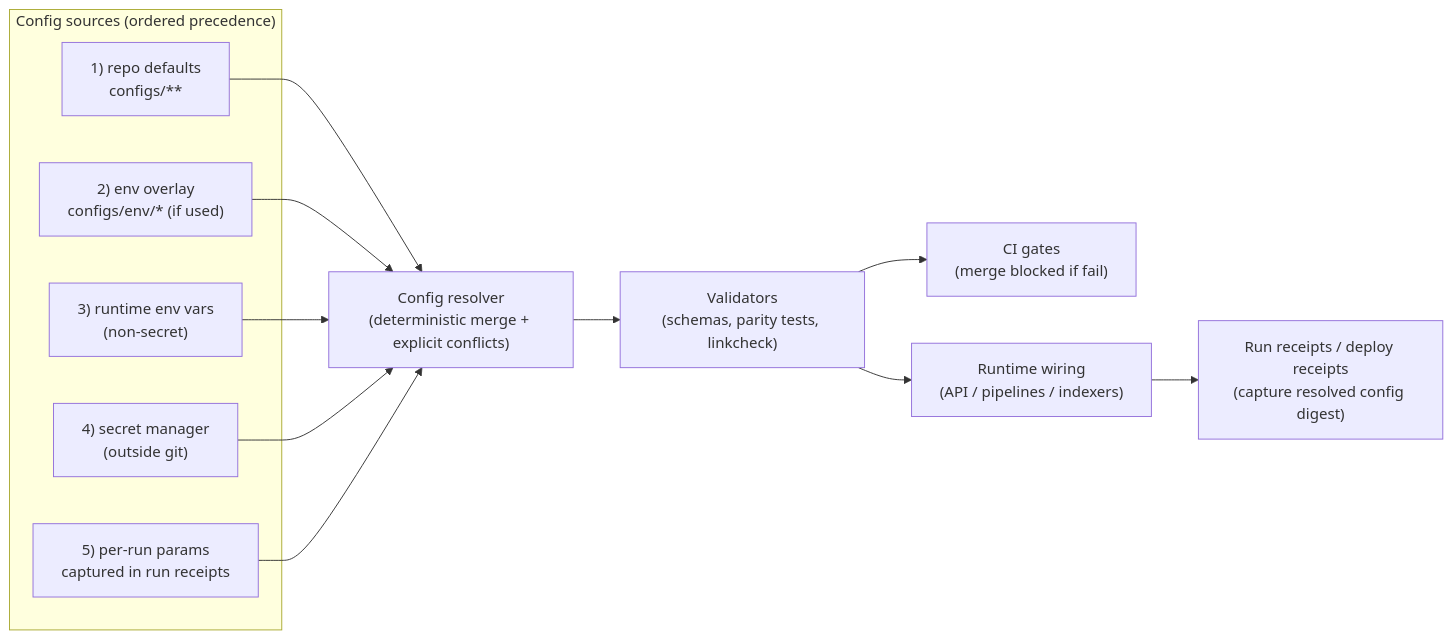
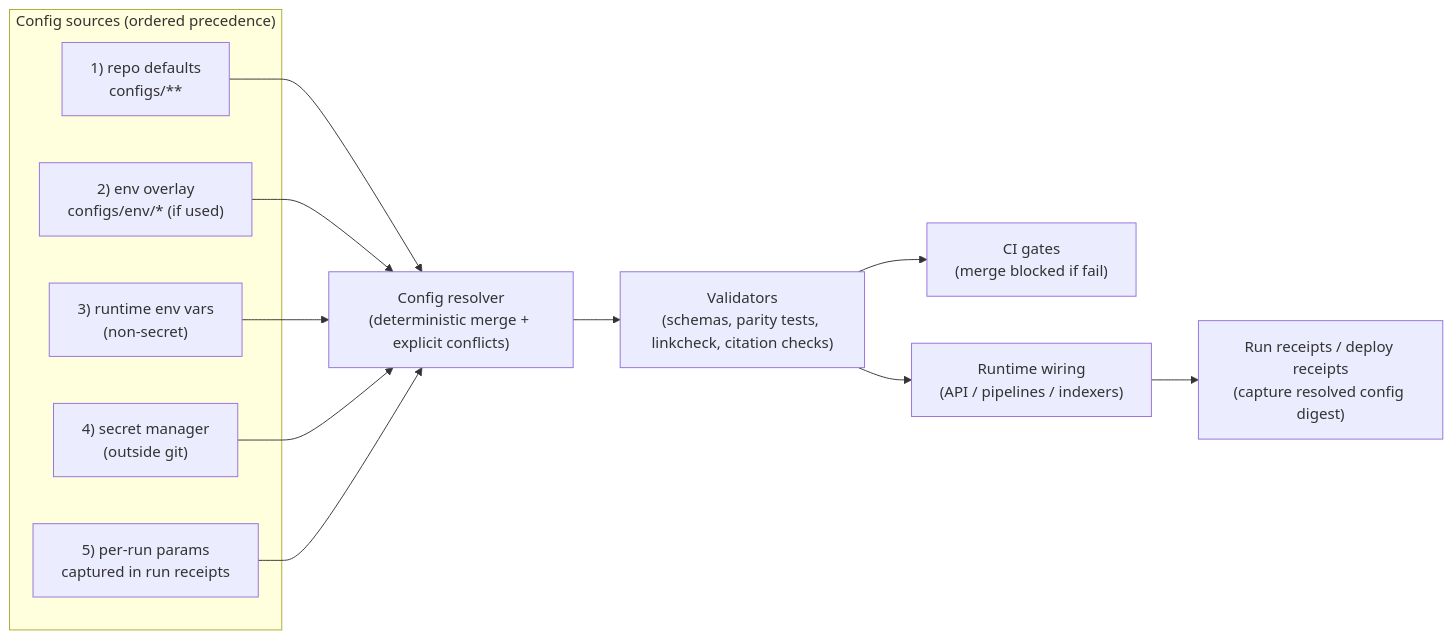
The diagram in configs/README.md (bartytime4life/Kansas-Frontier-Matrix), drawn with Mermaid before and after one commit. The commit also changed other lines of this file, not shown here.

````diff
--- a/configs/README.md
+++ b/configs/README.md
@@ -600,24 +511,24 @@
 ```mermaid
 flowchart LR
   subgraph Sources["Config sources (ordered precedence)"]
     A["1) repo defaults<br/>configs/**"]
     B["2) env overlay<br/>configs/env/* (if used)"]
     C["3) runtime env vars<br/>(non-secret)"]
     D["4) secret manager<br/>(outside git)"]
     E["5) per-run params<br/>captured in run receipts"]
   end
 
   R["Config resolver<br/>(deterministic merge + explicit conflicts)"]
 
   A --> R
   B --> R
   C --> R
   D --> R
   E --> R
 
-  R --> V["Validators<br/>(schemas, parity tests, linkcheck)"]
+  R --> V["Validators<br/>(schemas, parity tests, linkcheck, citation checks)"]
   V --> CI["CI gates<br/>(merge blocked if fail)"]
   V --> RT["Runtime wiring<br/>(API / pipelines / indexers)"]
 
   RT --> REC["Run receipts / deploy receipts<br/>(capture resolved config digest)"]
 ```
````
